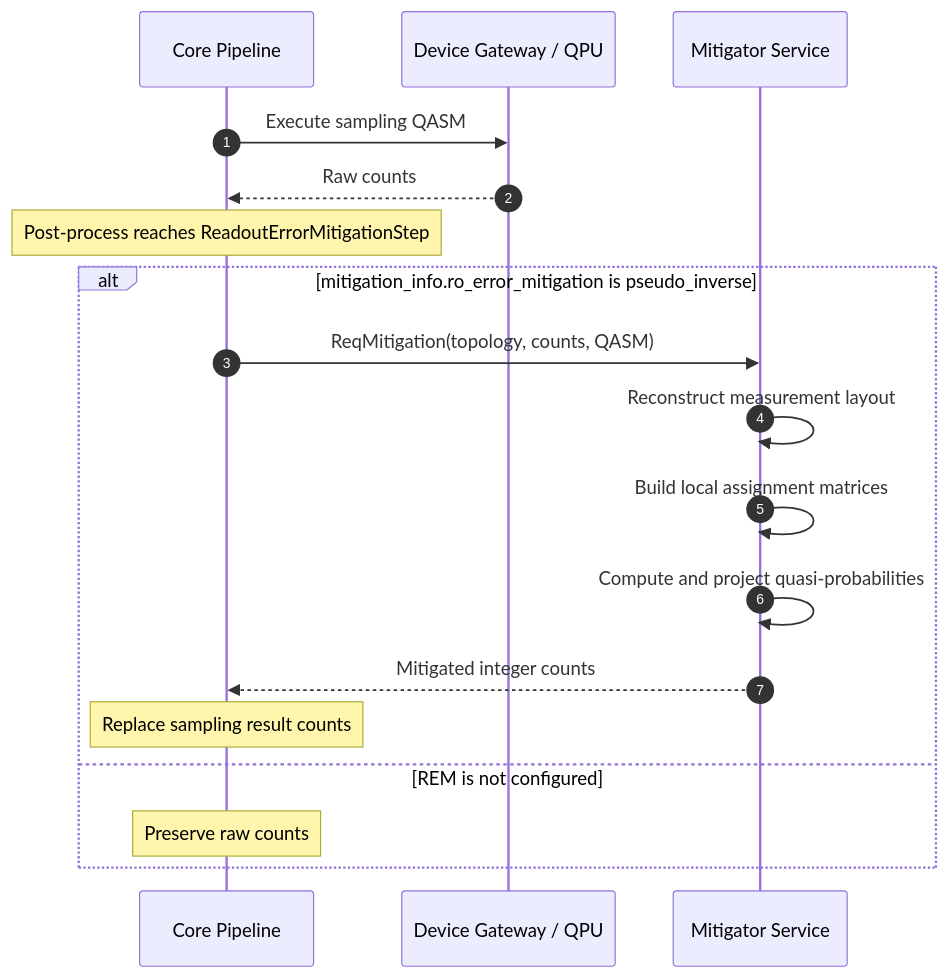
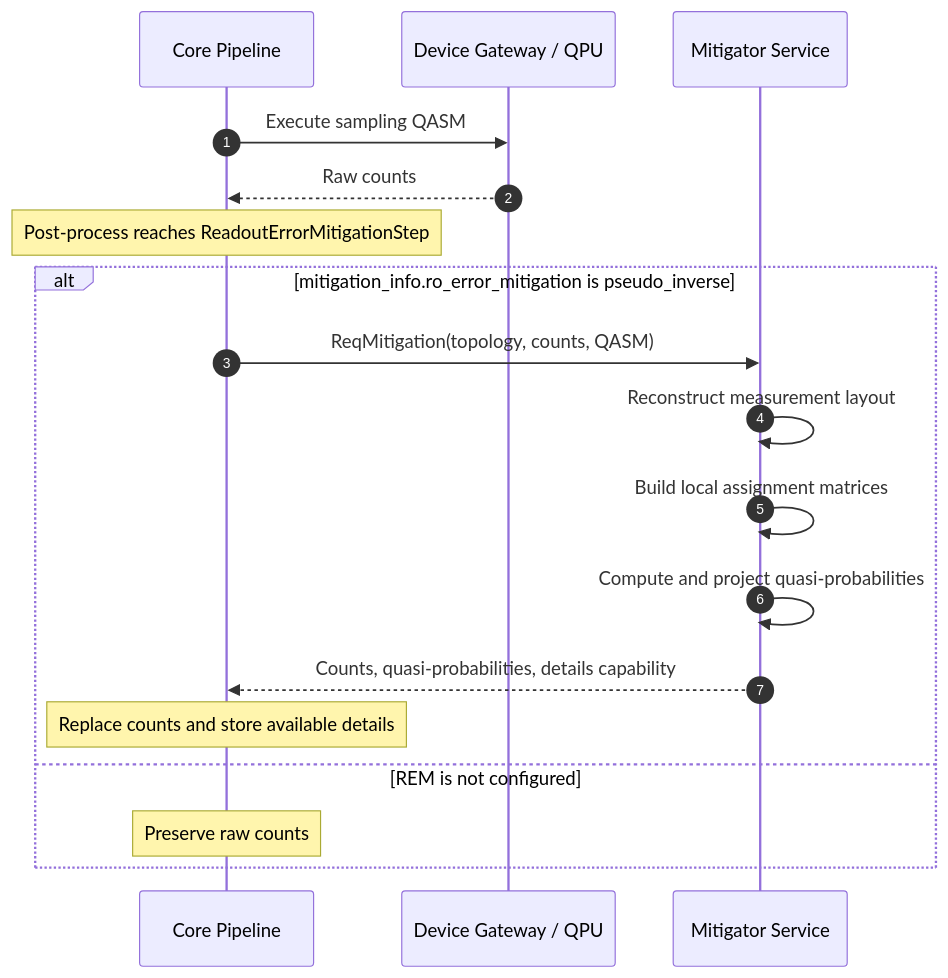
Before and after one commit to oqtopus-team/oqtopus-engine: the diagram in docs/features/error_mitigation/readout_mitigation/sampling.md, drawn with Mermaid. The commit also changed other lines of this file and 13 other files, not shown here.

````diff
--- a/docs/features/error_mitigation/readout_mitigation/sampling.md
+++ b/docs/features/error_mitigation/readout_mitigation/sampling.md
@@ -35,22 +38,22 @@
 ```mermaid
 sequenceDiagram
     autonumber
     participant Core as Core Pipeline
     participant Gateway as Device Gateway / QPU
     participant Mitigator as Mitigator Service
 
     Core->>Gateway: Execute sampling QASM
     Gateway-->>Core: Raw counts
     Note over Core: Post-process reaches ReadoutErrorMitigationStep
 
     alt mitigation_info.ro_error_mitigation is pseudo_inverse
         Core->>Mitigator: ReqMitigation(topology, counts, QASM)
         Mitigator->>Mitigator: Reconstruct measurement layout
         Mitigator->>Mitigator: Build local assignment matrices
         Mitigator->>Mitigator: Compute and project quasi-probabilities
-        Mitigator-->>Core: Mitigated integer counts
-        Note over Core: Replace sampling result counts
+        Mitigator-->>Core: Counts, quasi-probabilities, details capability
+        Note over Core: Replace counts and store available details
     else REM is not configured
         Note over Core: Preserve raw counts
     end
 ```
````
